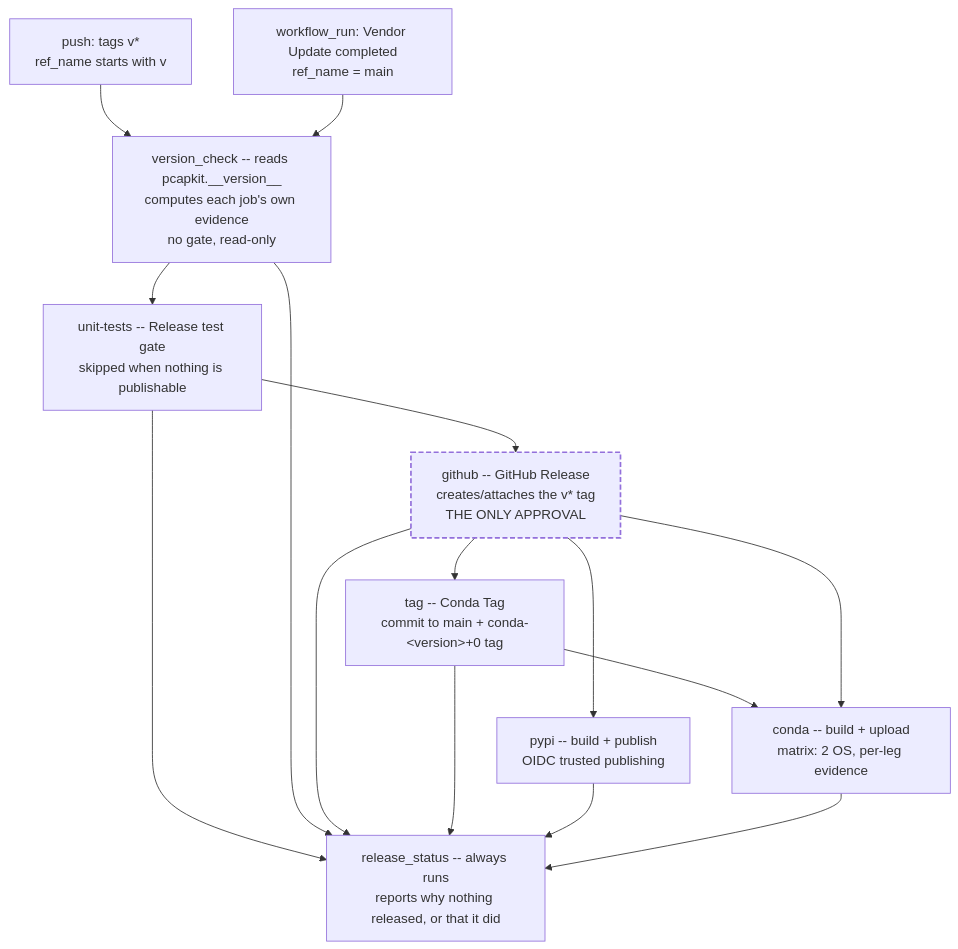
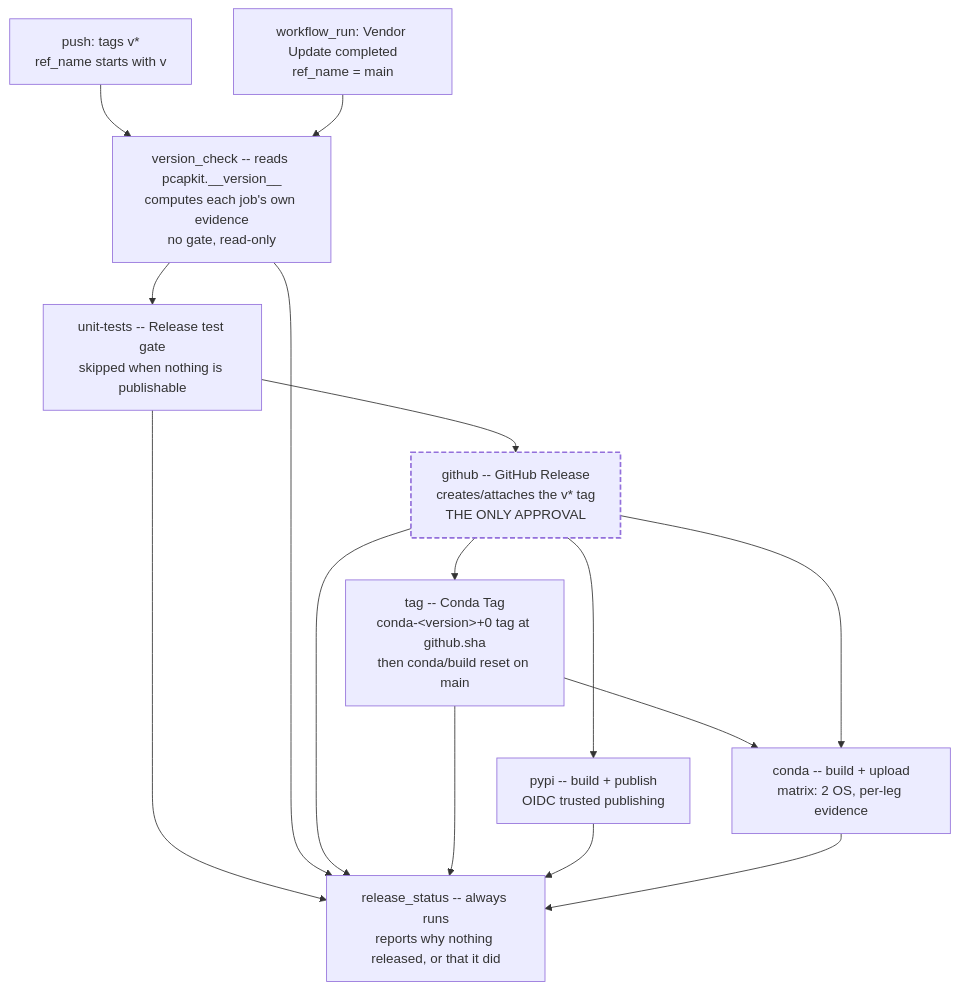
Before and after one commit to JarryShaw/PyPCAPKit: the diagram in docs/source/contributing/releasing.rst, drawn with Mermaid. The commit also changed other lines of this file and 6 other files, not shown here.

```diff
--- a/docs/source/contributing/releasing.rst
+++ b/docs/source/contributing/releasing.rst
@@ -202,22 +359,22 @@
 .. mermaid::
 
    flowchart TD
        T1["push: tags v*<br/>ref_name starts with v"] --> VC
        T2["workflow_run: Vendor Update completed<br/>ref_name = main"] --> VC
        VC["version_check -- reads pcapkit.__version__<br/>computes each job's own evidence<br/>no gate, read-only"]
        VC --> UT
        UT["unit-tests -- Release test gate<br/>skipped when nothing is publishable"] --> GH
        GH["github -- GitHub Release<br/>creates/attaches the v* tag<br/>THE ONLY APPROVAL"]
-       GH --> TG["tag -- Conda Tag<br/>commit to main + conda-&lt;version&gt;+0 tag"]
+       GH --> TG["tag -- Conda Tag<br/>conda-&lt;version&gt;+0 tag at github.sha<br/>then conda/build reset on main"]
        GH --> PY["pypi -- build + publish<br/>OIDC trusted publishing"]
        TG --> CD["conda -- build + upload<br/>matrix: 2 OS, per-leg evidence"]
        GH --> CD
        UT --> RS
        VC --> RS
        GH --> RS
        TG --> RS
        PY --> RS
        CD --> RS
        RS["release_status -- always runs<br/>reports why nothing released, or that it did"]
        classDef gate stroke-dasharray:6 3,stroke-width:2px
        class GH gate
```
